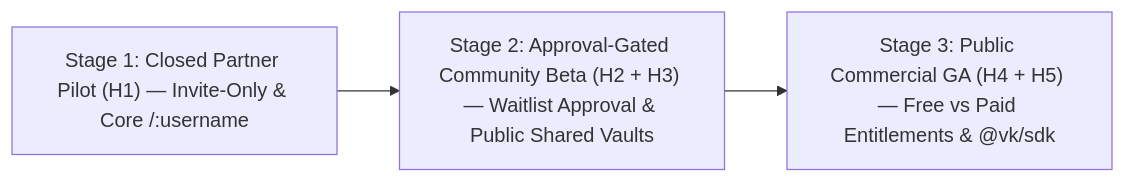
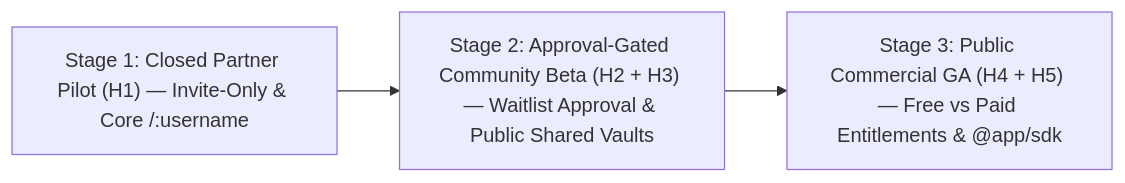
The diagram in docs/00-meta/00-2-quovadis.md (mjd-code/obmap-meed), drawn with Mermaid before and after one commit. The commit also changed other lines of this file and 48 other files, not shown here.

````diff
--- a/docs/00-meta/00-2-quovadis.md
+++ b/docs/00-meta/00-2-quovadis.md
@@ -93,5 +94,5 @@
 ```mermaid
 flowchart LR
     S1["Stage 1: Closed Partner Pilot (H1) — Invite-Only & Core /:username"] --> S2["Stage 2: Approval-Gated Community Beta (H2 + H3) — Waitlist Approval & Public Shared Vaults"]
-    S2 --> S3["Stage 3: Public Commercial GA (H4 + H5) — Free vs Paid Entitlements & @vk/sdk"]
+    S2 --> S3["Stage 3: Public Commercial GA (H4 + H5) — Free vs Paid Entitlements & @app/sdk"]
 ```
````
